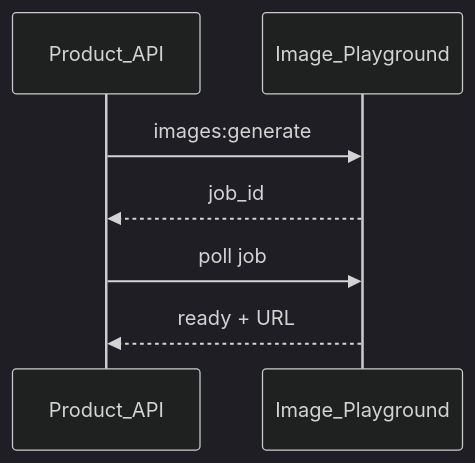
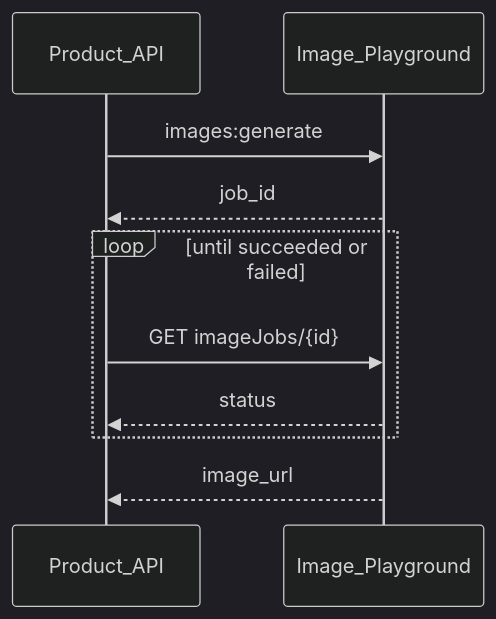
Before and after one commit to felixzhu97/explore-ml: the fourth of 4 diagrams in docs/user-guide/loopback-integration.md, drawn with Mermaid (dark theme). The commit also changed other lines of this file and 5 other files, not shown here.

````diff
--- a/docs/user-guide/loopback-integration.md
+++ b/docs/user-guide/loopback-integration.md
@@ -138,9 +167,12 @@
 ```mermaid
 sequenceDiagram
   participant API as Product_API
   participant IP as Image_Playground
   API->>IP: images:generate
   IP-->>API: job_id
-  API->>IP: poll job
-  IP-->>API: ready + URL
+  loop until succeeded or failed
+    API->>IP: GET imageJobs/{id}
+    IP-->>API: status
+  end
+  IP-->>API: image_url
 ```
````
